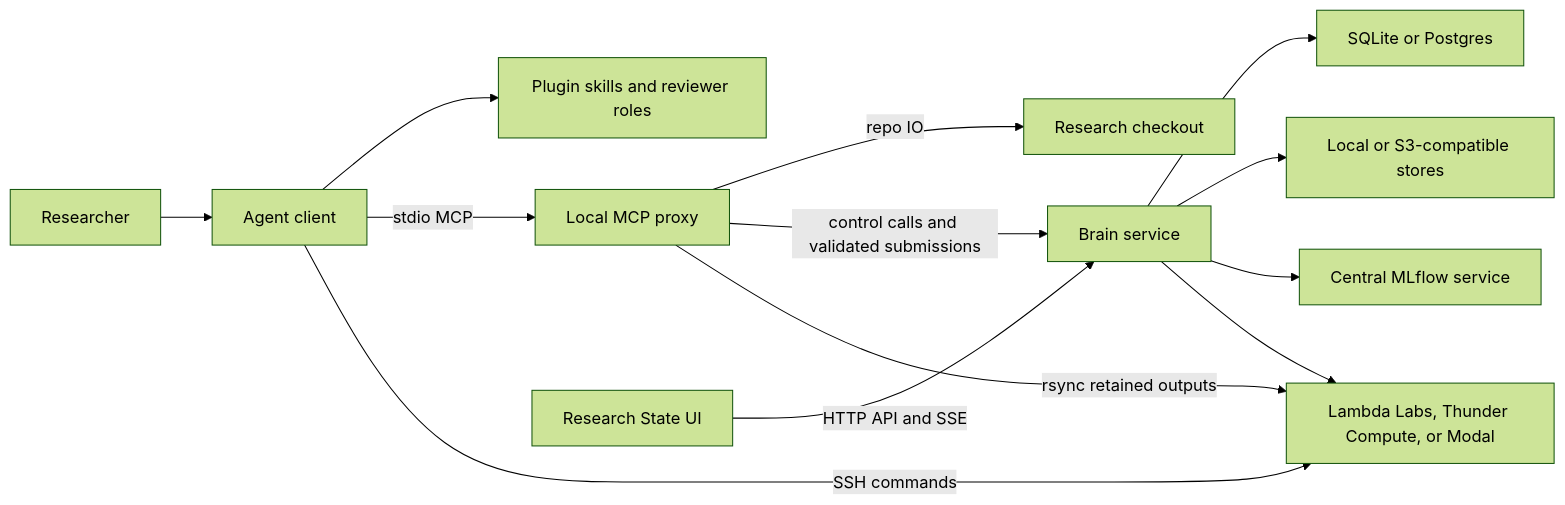
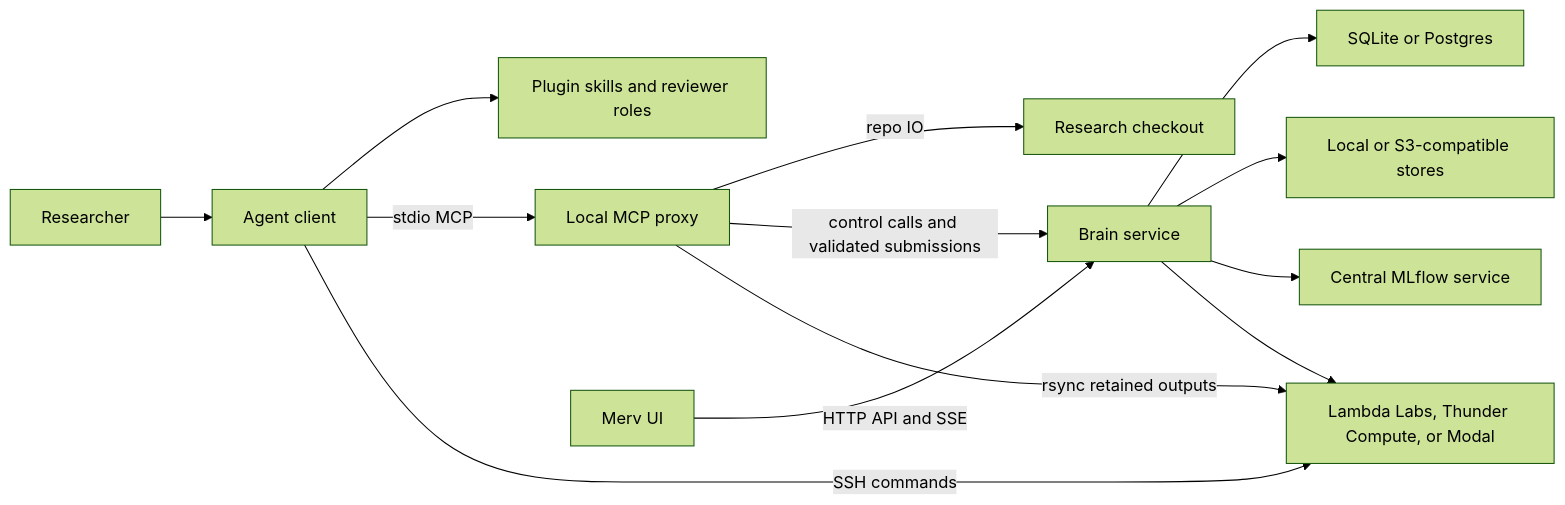
One commit to NGXT-Inc/Merv changed the diagram in research_plugin/docs/ARCHITECTURE.md. Above: the diagram before and after it, drawn with Mermaid (forest theme). The commit also changed other lines of this file and 135 other files, not shown here.

````diff
--- a/research_plugin/docs/ARCHITECTURE.md
+++ b/research_plugin/docs/ARCHITECTURE.md
@@ -30,15 +30,15 @@
 ```mermaid
 flowchart LR
   User["Researcher"] --> Client["Agent client"]
   Client --> Skills["Plugin skills and reviewer roles"]
   Client -->|stdio MCP| Proxy["Local MCP proxy"]
   Proxy -->|repo IO| Repo["Research checkout"]
   Proxy -->|control calls and validated submissions| Brain["Brain service"]
-  Browser["Research State UI"] -->|HTTP API and SSE| Brain
+  Browser["Merv UI"] -->|HTTP API and SSE| Brain
   Brain --> State["SQLite or Postgres"]
   Brain --> Blobs["Local or S3-compatible stores"]
   Brain --> MLflow["Central MLflow service"]
   Brain --> Providers["Lambda Labs, Thunder Compute, or Modal"]
   Client -->|SSH commands| Providers
   Proxy -->|rsync retained outputs| Providers
 ```
````
